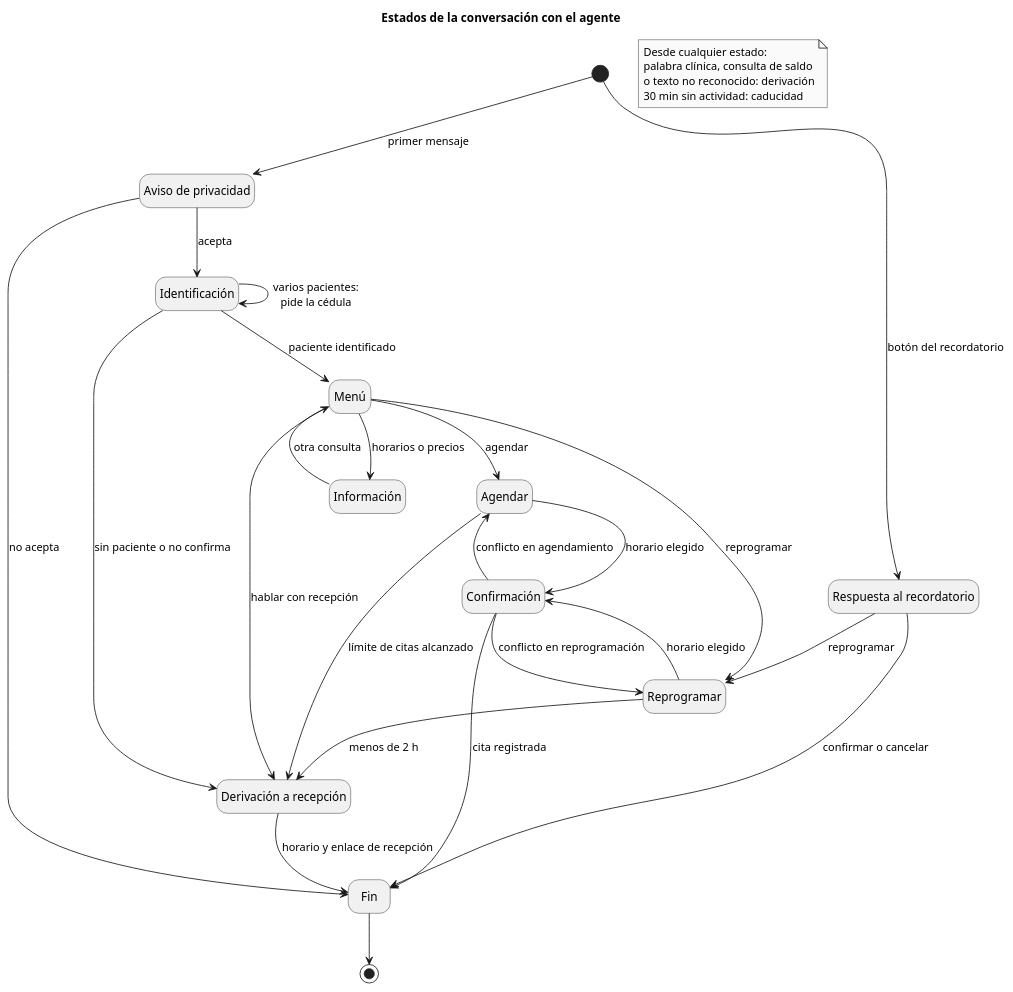
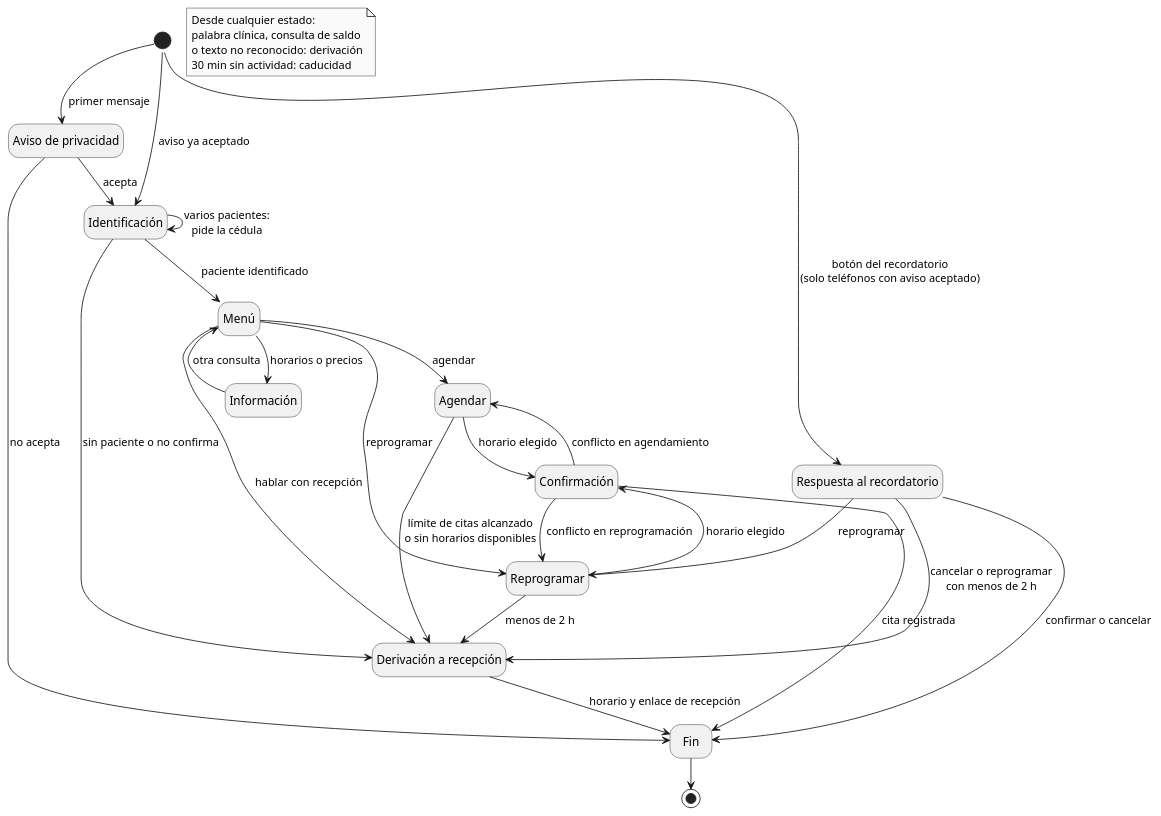
Before and after one commit to JaviFiallos/bachelor-latex-thesis: the diagram in diagramas/plantuml/estados_conversacion.puml, drawn with PlantUML. The commit also changed 31 other files, not shown here.

```diff
--- a/diagramas/plantuml/estados_conversacion.puml
+++ b/diagramas/plantuml/estados_conversacion.puml
@@ -1,62 +1,64 @@
 @startuml estados_conversacion
-title Estados de la conversación con el agente
+!pragma layout smetana
 
 skinparam monochrome true
 skinparam shadowing false
 skinparam defaultFontName Arial
 skinparam state {
   RoundCorner 8
 }
 hide empty description
-
-[*] --> Aviso : primer mensaje
-[*] --> Recordatorio : botón del recordatorio
 
 state "Aviso de privacidad" as Aviso
 state "Identificación" as Identificacion
 state "Menú" as Menu
 state "Información" as Informacion
 state "Agendar" as Agendar
 state "Reprogramar" as Reprogramar
 state "Confirmación" as Confirmacion
 state "Derivación a recepción" as Derivar
 state "Respuesta al recordatorio" as Recordatorio
 state "Fin" as Fin
+
+[*] --> Aviso : primer mensaje
+[*] --> Identificacion : aviso ya aceptado
+[*] --> Recordatorio : botón del recordatorio\n(solo teléfonos con aviso aceptado)
 
 Aviso --> Identificacion : acepta
 Aviso --> Fin : no acepta
 
 Identificacion --> Identificacion : varios pacientes:\npide la cédula
 Identificacion --> Menu : paciente identificado
 Identificacion --> Derivar : sin paciente o no confirma
 
 Menu --> Informacion : horarios o precios
 Menu --> Agendar : agendar
 Menu --> Reprogramar : reprogramar
 Menu --> Derivar : hablar con recepción
 
 Informacion --> Menu : otra consulta
 
 Agendar --> Confirmacion : horario elegido
-Agendar --> Derivar : límite de citas alcanzado
+Agendar --> Derivar : límite de citas alcanzado\no sin horarios disponibles
 
 Reprogramar --> Confirmacion : horario elegido
 Reprogramar --> Derivar : menos de 2 h
 
 Confirmacion --> Agendar : conflicto en agendamiento
 Confirmacion --> Reprogramar : conflicto en reprogramación
 Confirmacion --> Fin : cita registrada
 
 Recordatorio --> Fin : confirmar o cancelar
 Recordatorio --> Reprogramar : reprogramar
+Recordatorio --> Derivar : cancelar o reprogramar\ncon menos de 2 h
 
 Derivar --> Fin : horario y enlace de recepción
 Fin --> [*]
 
 note as NotaTransversal
   Desde cualquier estado:
   palabra clínica, consulta de saldo
   o texto no reconocido: derivación
   30 min sin actividad: caducidad
 end note
 @enduml
```
